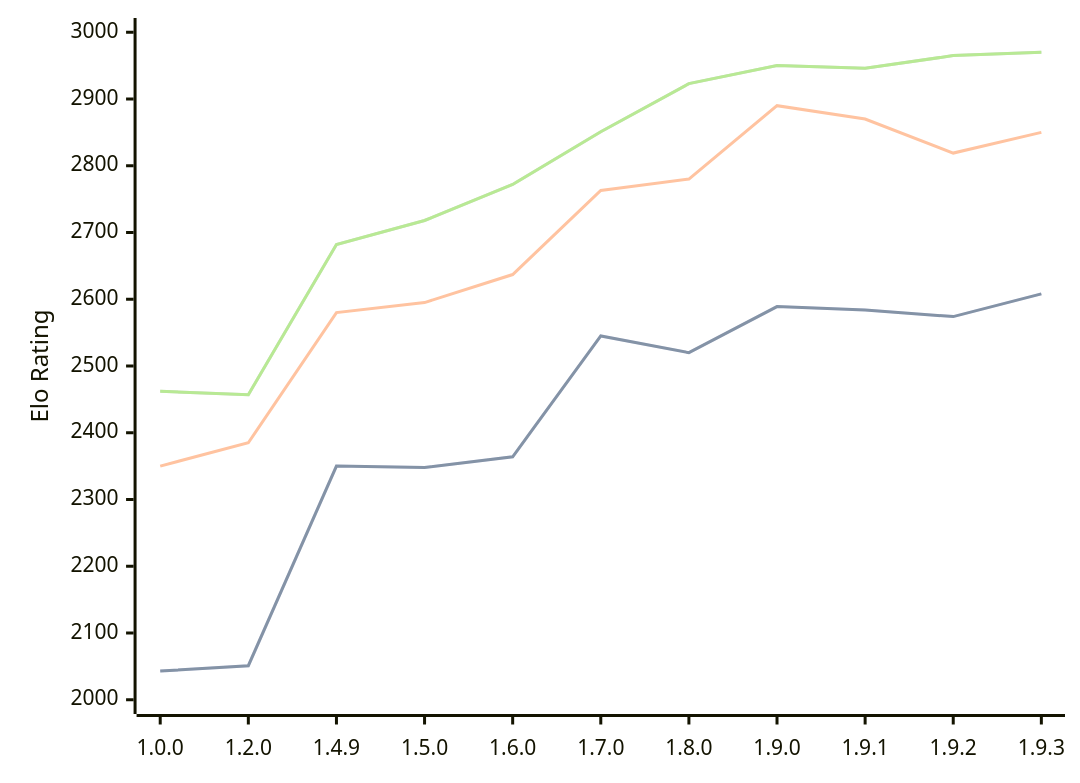
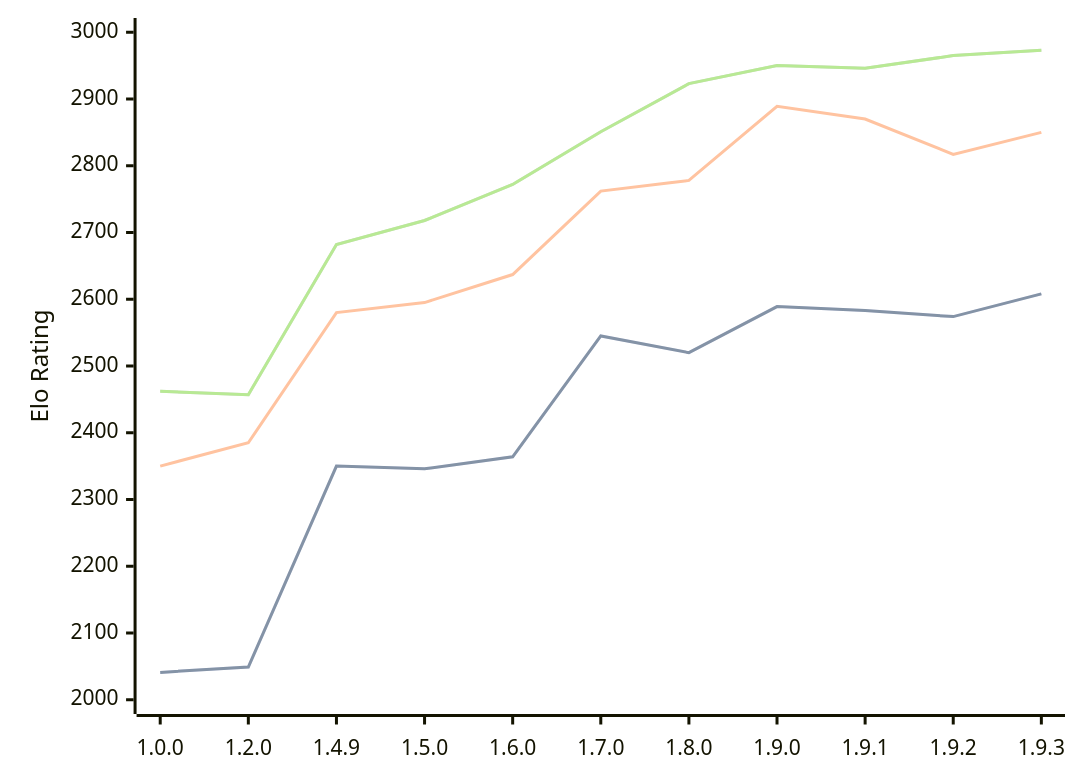
The diagram in engines/Basilisk.md (computer-chess-index/cci), drawn with Mermaid before and after one commit. The commit also changed other lines of this file, not shown here.

Commit message:
Update CCI Ratings (ELO VLTC) - 2026-09-03

````diff
--- a/engines/Basilisk.md
+++ b/engines/Basilisk.md
@@ -54,11 +54,11 @@
 ```mermaid
 %%{init: {"theme":"base","themeVariables":{"seriesColors:['#a3a3a3','#222221','#faa371']}}}%%
 xychart-beta
   x-axis ["1.0.0", "1.2.0", "1.4.9", "1.5.0", "1.6.0", "1.7.0", "1.8.0", "1.9.0", "1.9.1", "1.9.2", "1.9.3"]
   y-axis "Elo Rating" 2000 --> 3000
-  line "" [2043, 2051, 2350, 2348, 2364, 2545, 2520, 2589, 2584, 2574, 2608]
-  line "STC (8.0+0.08s)" [2043, 2051, 2350, 2348, 2364, 2545, 2520, 2589, 2584, 2574, 2608]
-  line "LTC (60.0+0.60s)" [2350, 2385, 2580, 2595, 2637, 2763, 2780, 2890, 2870, 2819, 2850]
-  line "" [2462, 2457, 2682, 2718, 2772, 2851, 2923, 2950, 2946, 2965, 2970]
-  line "VLTC (2m24s+1.12s)" [2462, 2457, 2682, 2718, 2772, 2851, 2923, 2950, 2946, 2965, 2970]
+  line "" [2041, 2049, 2350, 2346, 2364, 2545, 2520, 2589, 2583, 2574, 2608]
+  line "STC (8.0+0.08s)" [2041, 2049, 2350, 2346, 2364, 2545, 2520, 2589, 2583, 2574, 2608]
+  line "LTC (60.0+0.60s)" [2350, 2385, 2580, 2595, 2637, 2762, 2778, 2889, 2870, 2817, 2850]
+  line "" [2462, 2457, 2682, 2718, 2772, 2851, 2923, 2950, 2946, 2965, 2973]
+  line "VLTC (2m24s+1.12s)" [2462, 2457, 2682, 2718, 2772, 2851, 2923, 2950, 2946, 2965, 2973]
 ```
````
